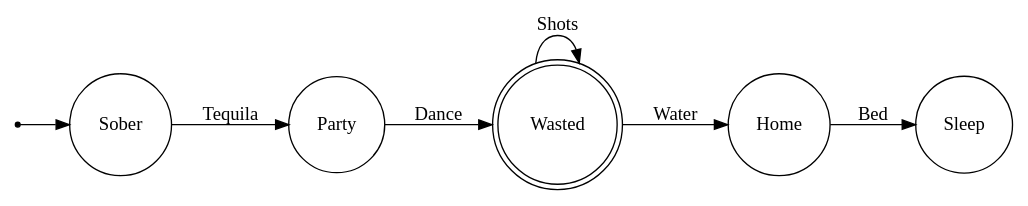
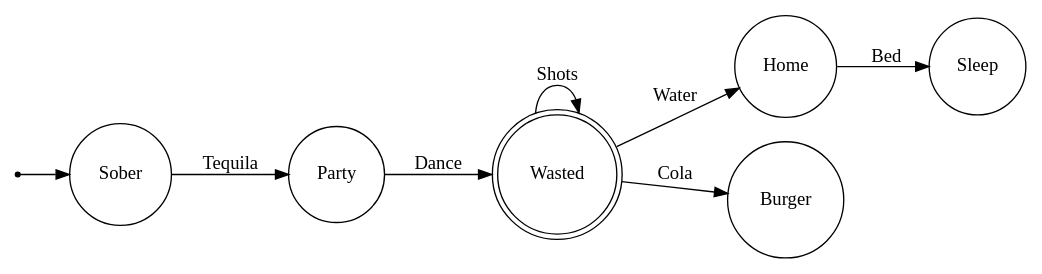
The diagram in bin/graph.gv (P4-Group2-Compiler/P4-State-Lang), drawn with Graphviz before and after one commit. The commit also changed 3 other files, not shown here.

```diff
--- a/bin/graph.gv
+++ b/bin/graph.gv
@@ -1,12 +1,13 @@
 digraph Silke {
  rankdir = LR;
  node [shape = circle;];
  null [shape = point;];
 null -> Sober;
 Sober -> Party [label="Tequila"];
 Party -> Wasted [label="Dance"];
 Home -> Sleep [label="Bed"];
 Wasted -> Wasted [label="Shots"];
 Wasted -> Home [label="Water"];
+Wasted -> Burger [label="Cola"];
 Wasted [shape = doublecircle;];
 }
```
